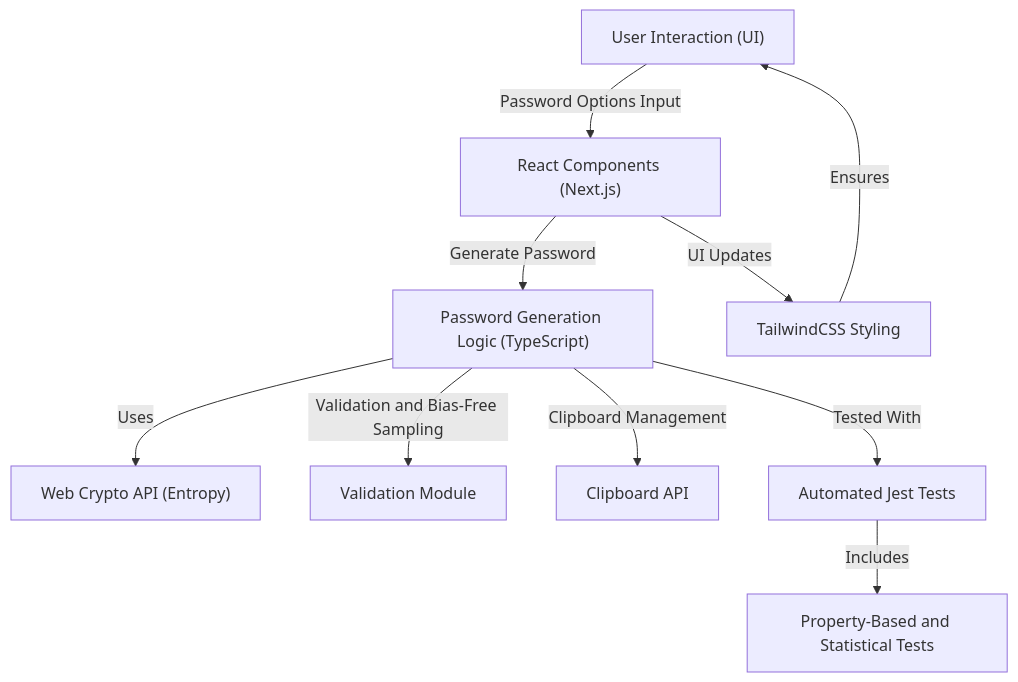
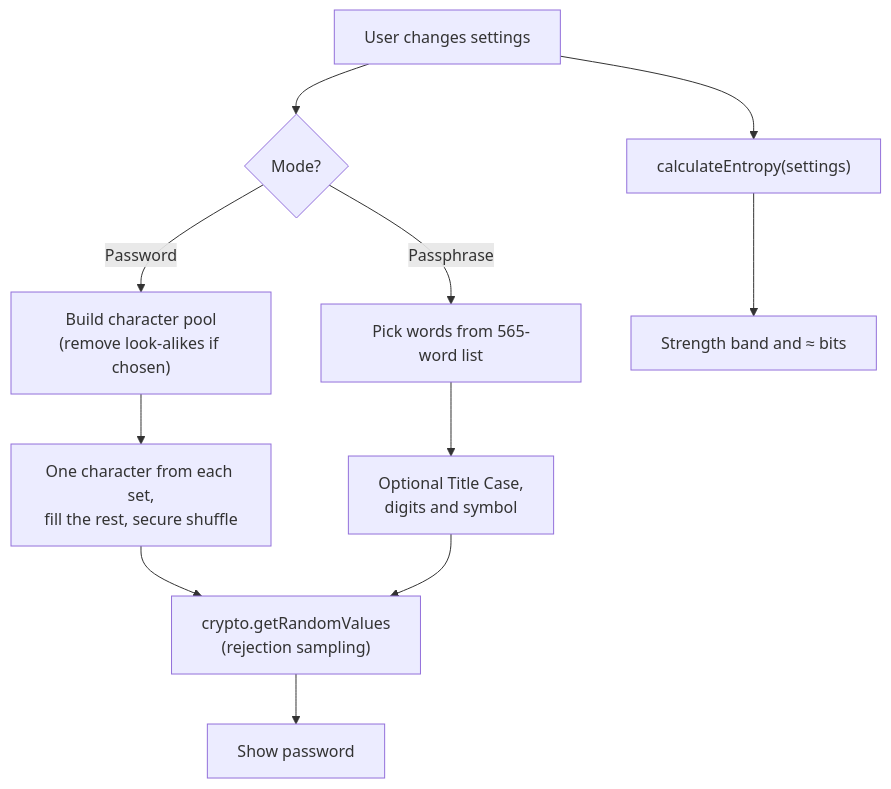
One commit to EF361/entropass changed the diagram in README.md. Above: the diagram before and after it, drawn with Mermaid. The commit also changed other lines of this file and 19 other files, not shown here.

First line of the commit message:
feat: rename to EntroPass and calculate strength from generation settings

````diff
--- a/README.md
+++ b/README.md
@@ -32,12 +38,13 @@
 ```mermaid
 flowchart TD
-    A["User Interaction (UI)"] -->|"Password Options Input"| B["React Components (Next.js)"]
-    B["React Components (Next.js)"] -->|"Generate Password"| C["Password Generation Logic (TypeScript)"]
-    C["Password Generation Logic (TypeScript)"] -->|"Uses"| D["Web Crypto API (Entropy)"]
-    C["Password Generation Logic (TypeScript)"] -->|"Validation and Bias-Free Sampling"| E["Validation Module"]
-    C["Password Generation Logic (TypeScript)"] -->|"Clipboard Management"| F["Clipboard API"]
-    B["React Components (Next.js)"] -->|"UI Updates"| G["TailwindCSS Styling"]
-    G["TailwindCSS Styling"] -->|"Ensures"| A["User Interaction (UI)"]
-    C["Password Generation Logic (TypeScript)"] -->|"Tested With"| H["Automated Jest Tests"]
-    H["Automated Jest Tests"] -->|"Includes"| I["Property-Based and Statistical Tests"]
+    A["User changes settings"] --> B{"Mode?"}
+    B -->|"Password"| C["Build character pool<br/>(remove look-alikes if chosen)"]
+    B -->|"Passphrase"| D["Pick words from 565-word list"]
+    C --> E["One character from each set,<br/>fill the rest, secure shuffle"]
+    D --> F["Optional Title Case,<br/>digits and symbol"]
+    E --> G["crypto.getRandomValues<br/>(rejection sampling)"]
+    F --> G
+    G --> H["Show password"]
+    A --> I["calculateEntropy(settings)"]
+    I --> J["Strength band and ≈ bits"]
 ```
````
